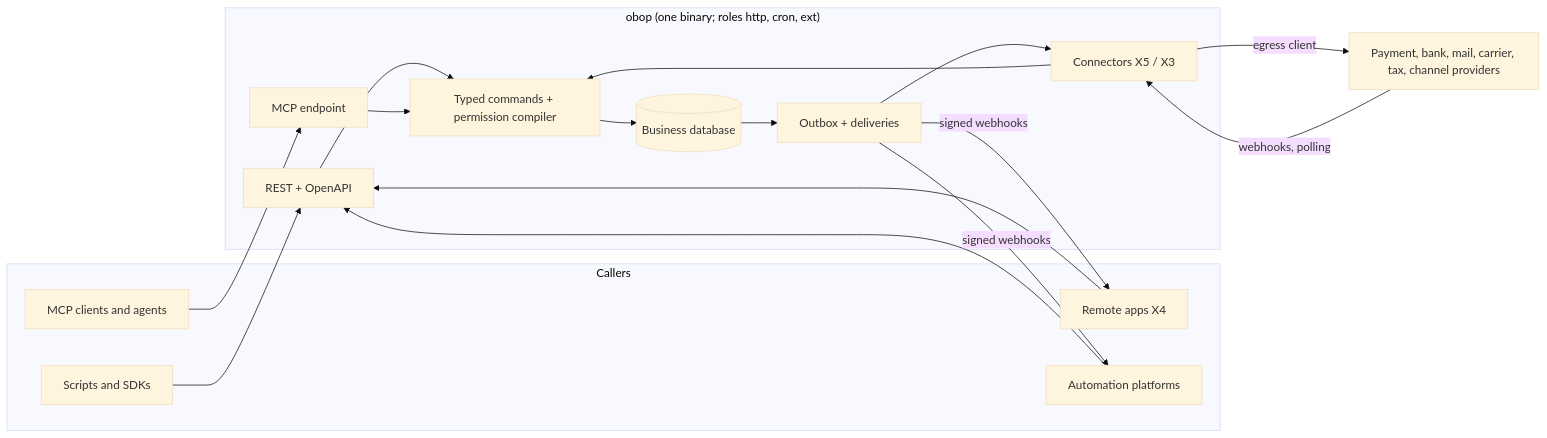
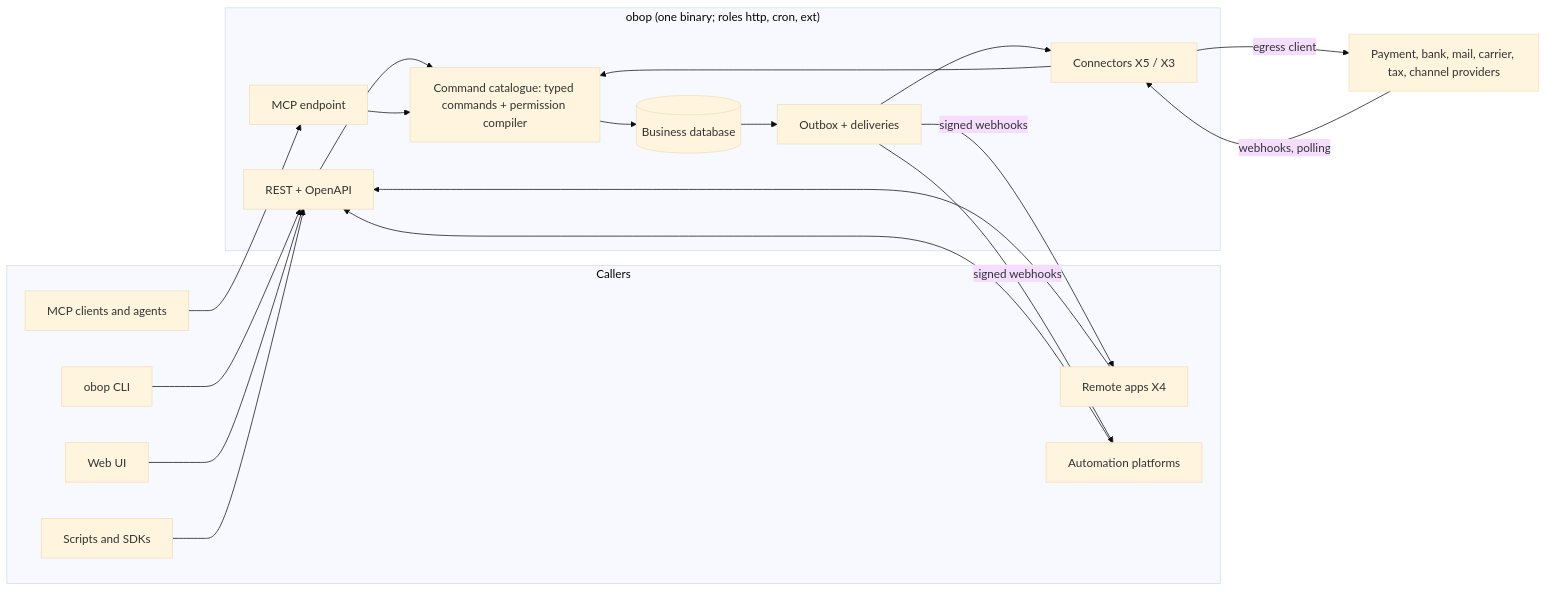
One commit to SpaceCorps/obop changed the first of 2 diagrams in docs/spec/integrations.md. Above: the diagram before and after it, drawn with Mermaid (base theme). The commit also changed other lines of this file and 10 other files, not shown here.

````diff
--- a/docs/spec/integrations.md
+++ b/docs/spec/integrations.md
@@ -52,31 +58,35 @@
 ```mermaid
 flowchart LR
   subgraph Callers
+    CLI[obop CLI]
+    UI[Web UI]
     S[Scripts and SDKs]
     AG[MCP clients and agents]
     RA[Remote apps X4]
     AP[Automation platforms]
   end
   subgraph obop["obop (one binary; roles http, cron, ext)"]
     REST[REST + OpenAPI]
     MCP[MCP endpoint]
-    CMD[Typed commands + permission compiler]
+    CMD[Command catalogue: typed commands + permission compiler]
     DB[(Business database)]
     OB[Outbox + deliveries]
     CON[Connectors X5 / X3]
   end
+  CLI --> REST
+  UI --> REST
   S --> REST
   RA --> REST
   AP --> REST
   AG --> MCP
   REST --> CMD
   MCP --> CMD
   CMD --> DB
   DB --> OB
   OB -->|signed webhooks| RA
   OB -->|signed webhooks| AP
   OB --> CON
   CON -->|egress client| EXT[Payment, bank, mail, carrier, tax, channel providers]
   EXT -->|webhooks, polling| CON
   CON --> CMD
 ```
````
